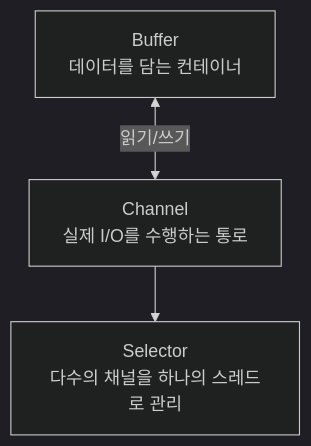
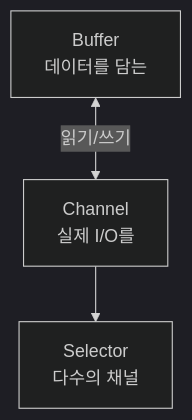
One commit to yjkim2015/yjkim2015.github.io changed the sixth of 11 diagrams in _posts/java/2026-05-01-java-io.md. Above: the diagram before and after it, drawn with Mermaid (dark theme). The commit also changed other lines of this file and 271 other files, not shown here.

First line of the commit message:
Mermaid 라벨 축소: 긴 노드 텍스트 18자 이하로 트림 + \n 제거

````diff
--- a/_posts/java/2026-05-01-java-io.md
+++ b/_posts/java/2026-05-01-java-io.md
@@ -235,8 +235,8 @@
 ```mermaid
 graph TD
-    BUF["Buffer<br>데이터를 담는 컨테이너"]
-    CH["Channel<br>실제 I/O를 수행하는 통로"]
-    SEL["Selector<br>다수의 채널을 하나의 스레드로 관리"]
+    BUF["Buffer<br>데이터를 담는"]
+    CH["Channel<br>실제 I/O를"]
+    SEL["Selector<br>다수의 채널"]
     BUF <-->|"읽기/쓰기"| CH
     CH --> SEL
 ```
````
